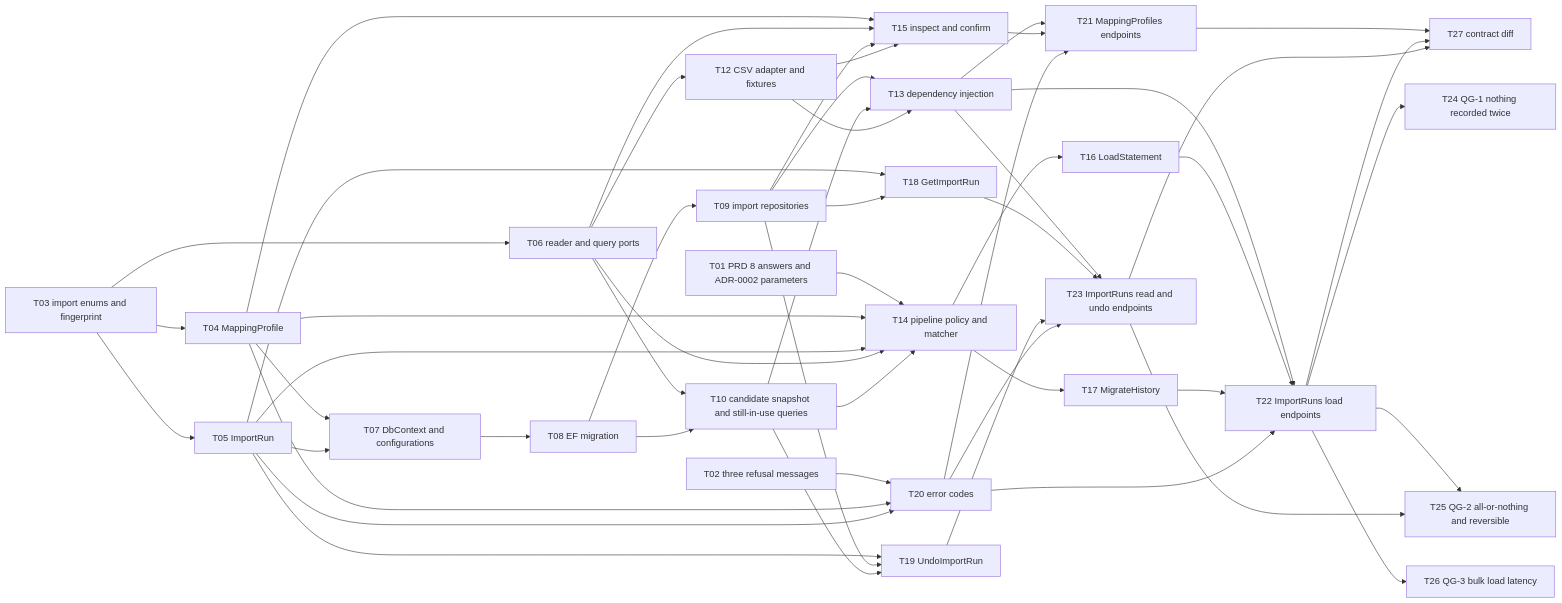
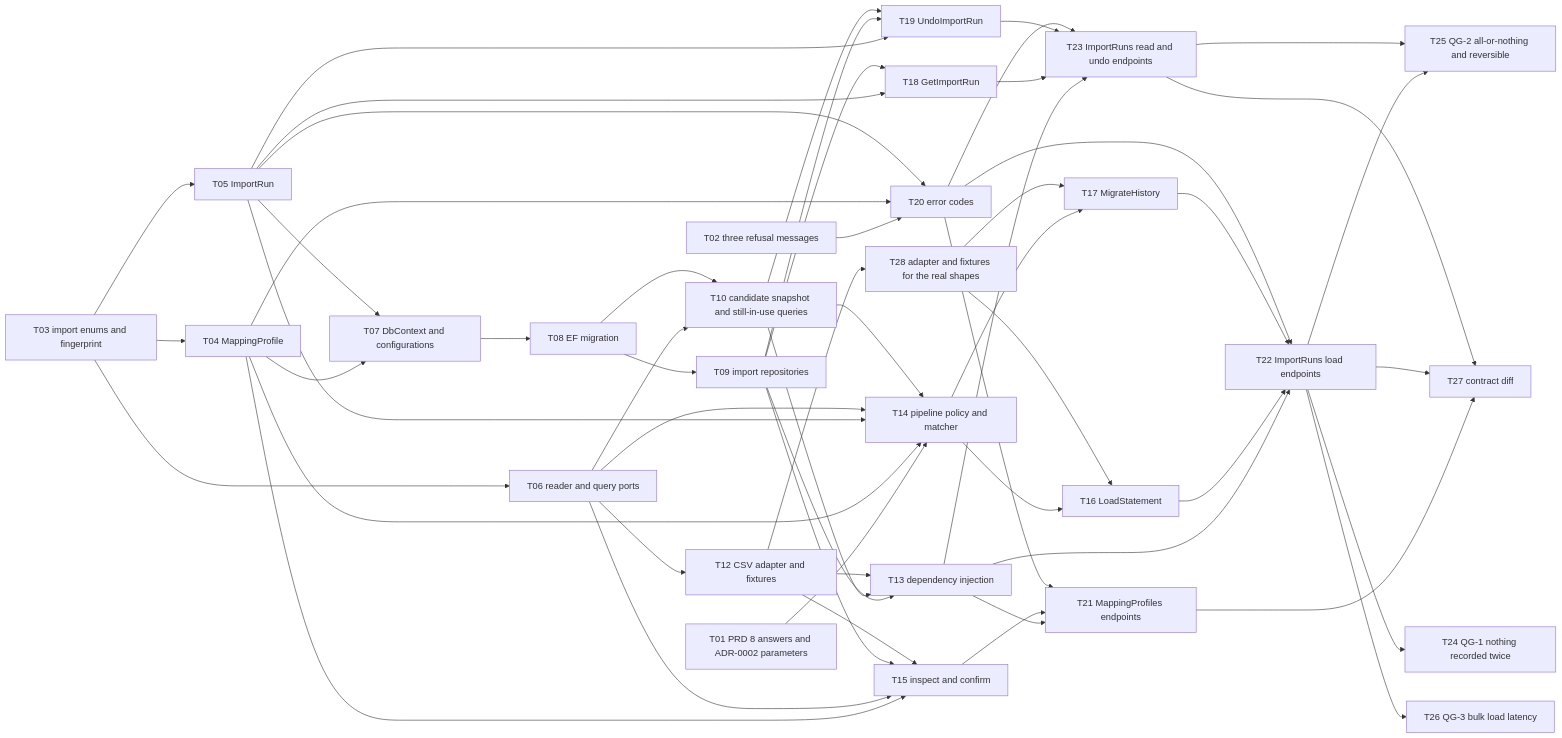
Before and after one commit to andrey-o-sim/FinNavis: the diagram in docs/features/csv-import/tasks/_epic.md, drawn with Mermaid. The commit also changed other lines of this file and 10 other files, not shown here.

```diff
--- a/docs/features/csv-import/tasks/_epic.md
+++ b/docs/features/csv-import/tasks/_epic.md
@@ -66,6 +66,7 @@
     T25["T25 QG-2 all-or-nothing and reversible"]
     T26["T26 QG-3 bulk load latency"]
     T27["T27 contract diff"]
+    T28["T28 adapter and fixtures for the real shapes"]
 
     T03 --> T04
     T03 --> T05
@@ -91,6 +92,9 @@
     T12 --> T15
     T14 --> T16
     T14 --> T17
+    T12 --> T28
+    T28 --> T16
+    T28 --> T17
     T05 --> T18
     T09 --> T18
     T05 --> T19
```
